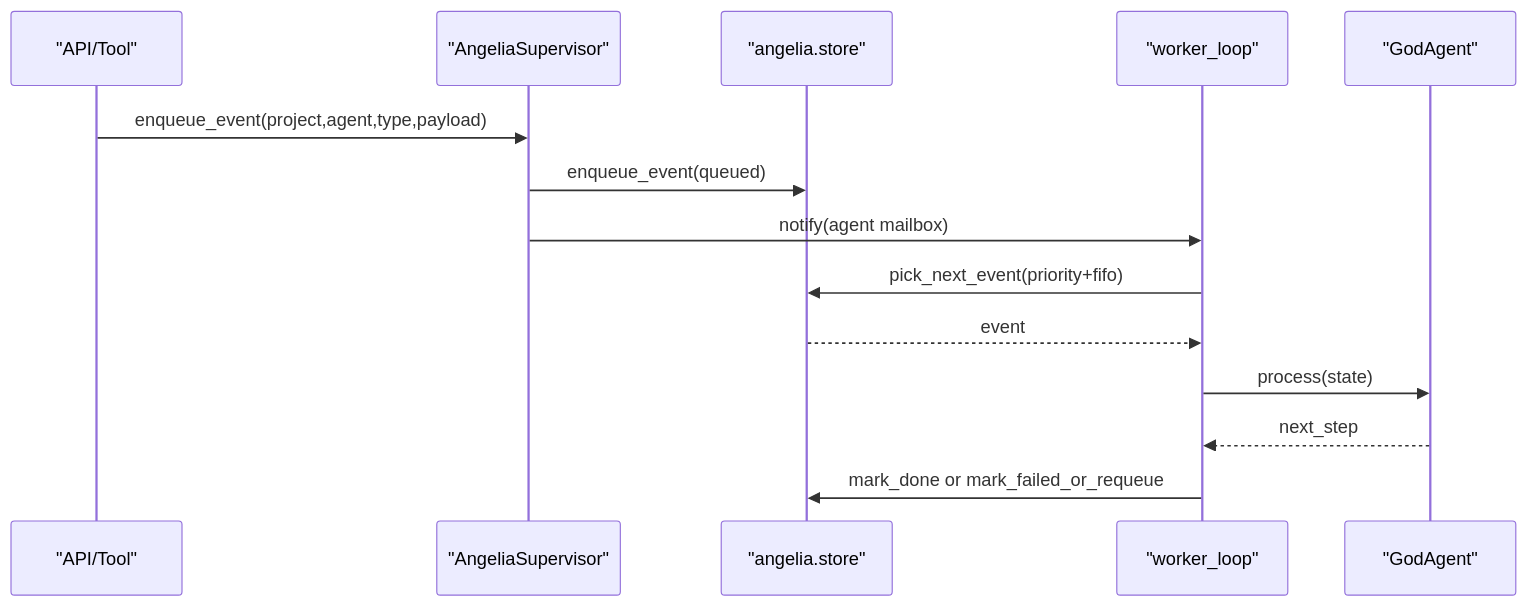
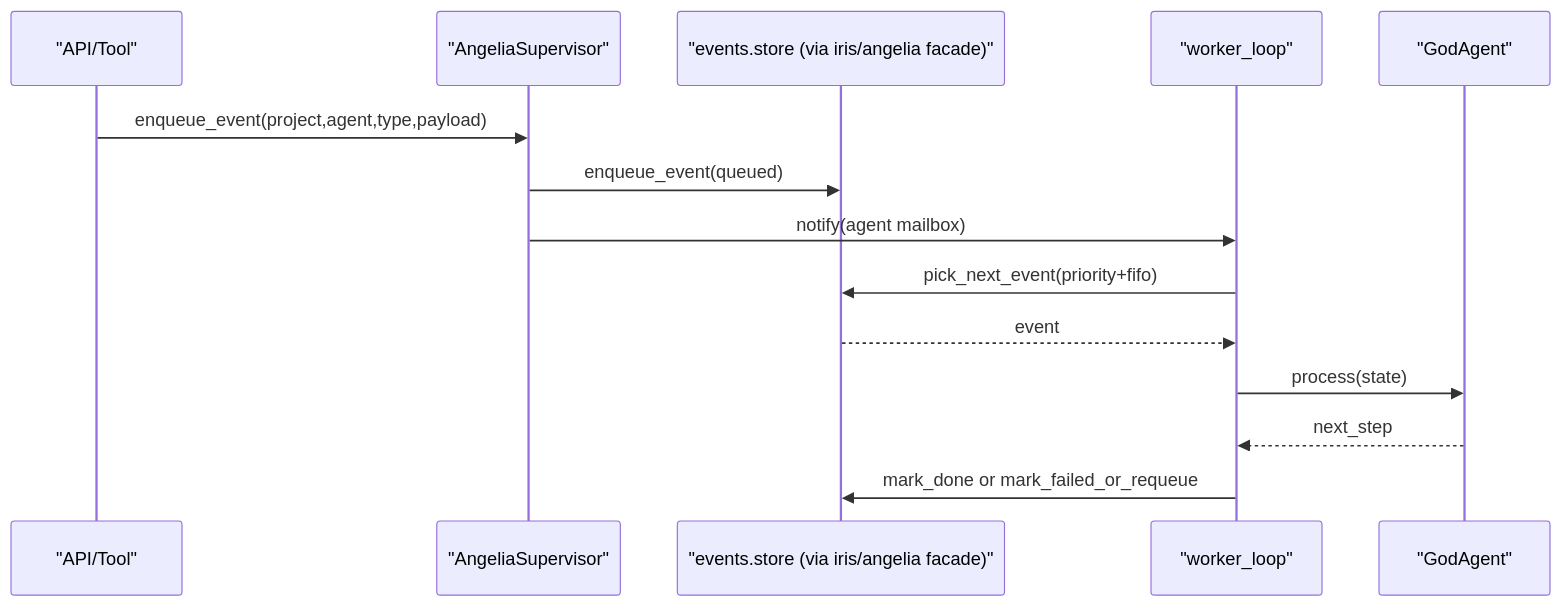
One commit to Lands54/Pantheon changed the fourth of 11 diagrams in docs/BACKEND_MODULES_RUNTIME_MAP.md. Above: the diagram before and after it, drawn with Mermaid. The commit also changed other lines of this file and 57 other files, not shown here.

````diff
--- a/docs/BACKEND_MODULES_RUNTIME_MAP.md
+++ b/docs/BACKEND_MODULES_RUNTIME_MAP.md
@@ -118,17 +124,17 @@
 ```mermaid
 sequenceDiagram
     participant API as "API/Tool"
     participant SUP as "AngeliaSupervisor"
-    participant ST as "angelia.store"
+    participant ST as "events.store (via iris/angelia facade)"
     participant WK as "worker_loop"
     participant AG as "GodAgent"
 
     API->>SUP: enqueue_event(project,agent,type,payload)
     SUP->>ST: enqueue_event(queued)
     SUP->>WK: notify(agent mailbox)
     WK->>ST: pick_next_event(priority+fifo)
     ST-->>WK: event
     WK->>AG: process(state)
     AG-->>WK: next_step
     WK->>ST: mark_done or mark_failed_or_requeue
 ```
````
